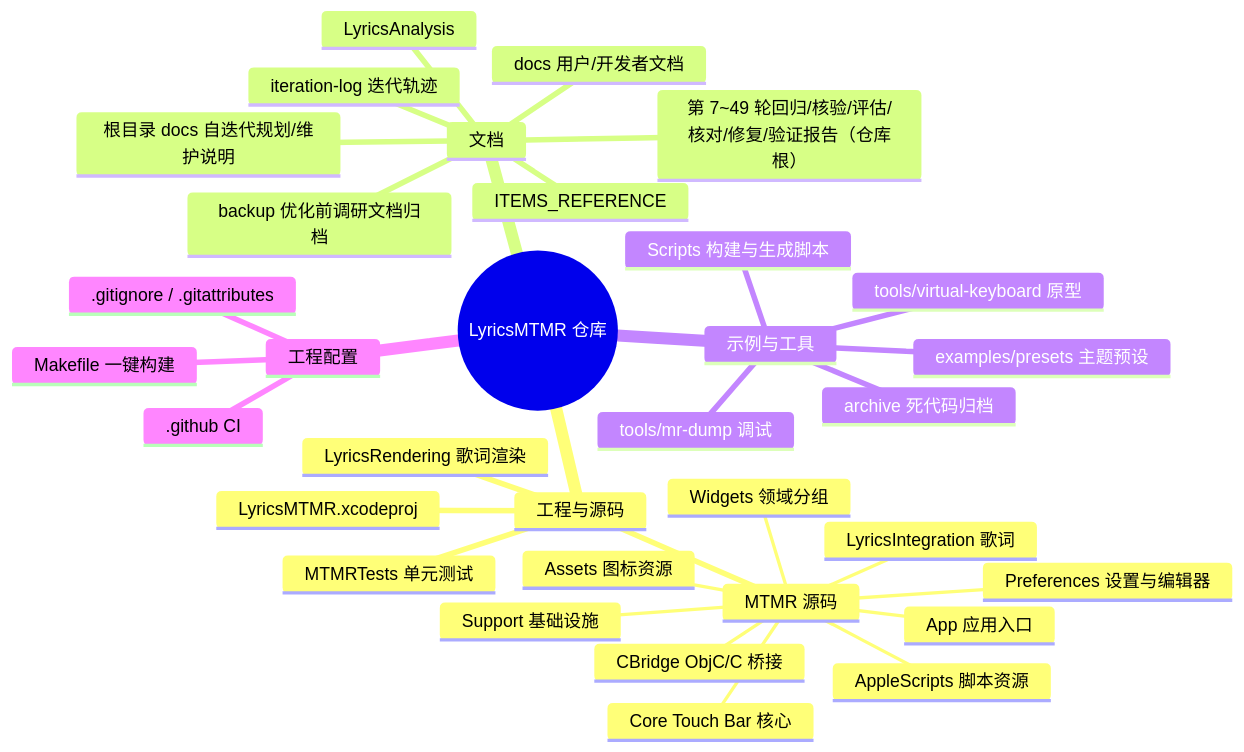
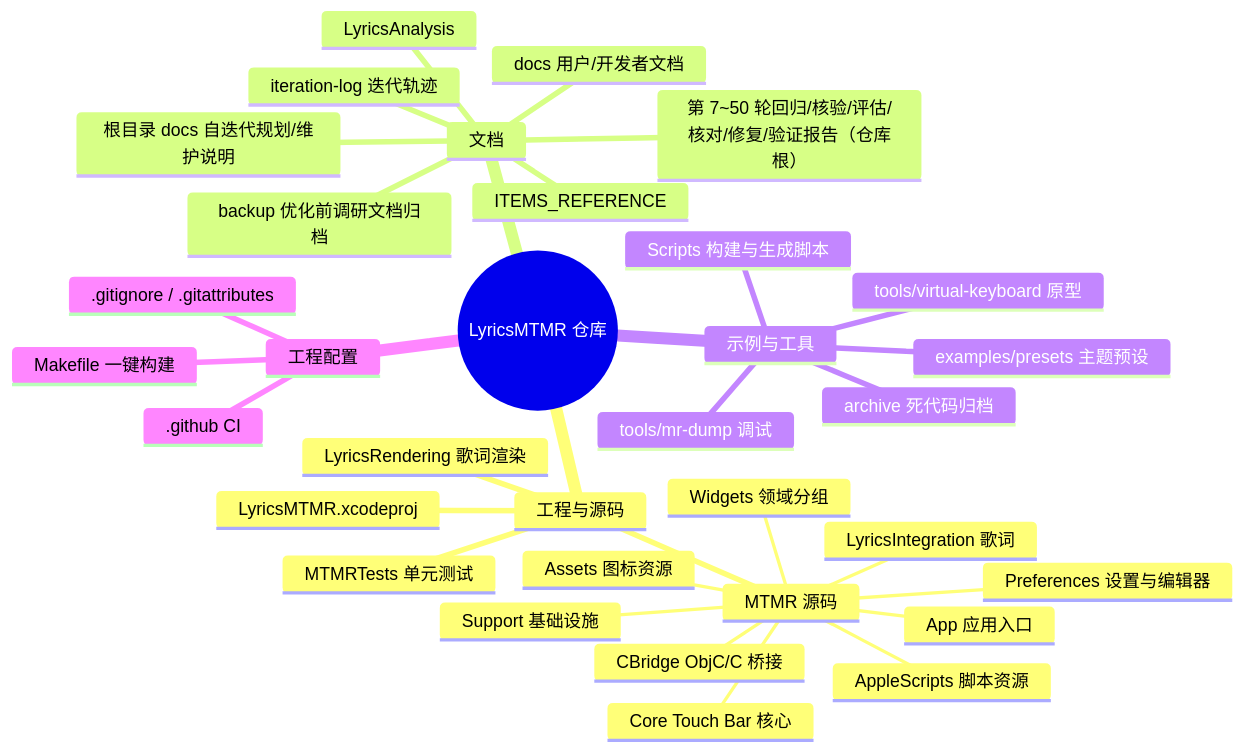
The first of 2 diagrams in LyricsMTMR/docs/file-structure.zh.md (Tangzishun-Li/LyricsMTMR), drawn with Mermaid before and after one commit. The commit also changed other lines of this file and 3 other files, not shown here.

````diff
--- a/LyricsMTMR/docs/file-structure.zh.md
+++ b/LyricsMTMR/docs/file-structure.zh.md
@@ -10,36 +10,36 @@
 ```mermaid
 mindmap
   root((LyricsMTMR 仓库))
     工程与源码
       LyricsMTMR.xcodeproj
       MTMR 源码
         App 应用入口
         Core Touch Bar 核心
         Support 基础设施
         Widgets 领域分组
         Preferences 设置与编辑器
         LyricsIntegration 歌词
         CBridge ObjC/C 桥接
         AppleScripts 脚本资源
         Assets 图标资源
       LyricsRendering 歌词渲染
       MTMRTests 单元测试
     文档
       docs 用户/开发者文档
       ITEMS_REFERENCE
       LyricsAnalysis
       backup 优化前调研文档归档
       iteration-log 迭代轨迹
       根目录 docs 自迭代规划/维护说明
-      第 7~49 轮回归/核验/评估/核对/修复/验证报告（仓库根）
+      第 7~50 轮回归/核验/评估/核对/修复/验证报告（仓库根）
     示例与工具
       examples/presets 主题预设
       tools/mr-dump 调试
       tools/virtual-keyboard 原型
       Scripts 构建与生成脚本
       archive 死代码归档
     工程配置
       .github CI
       .gitignore / .gitattributes
       Makefile 一键构建
 ```
````
